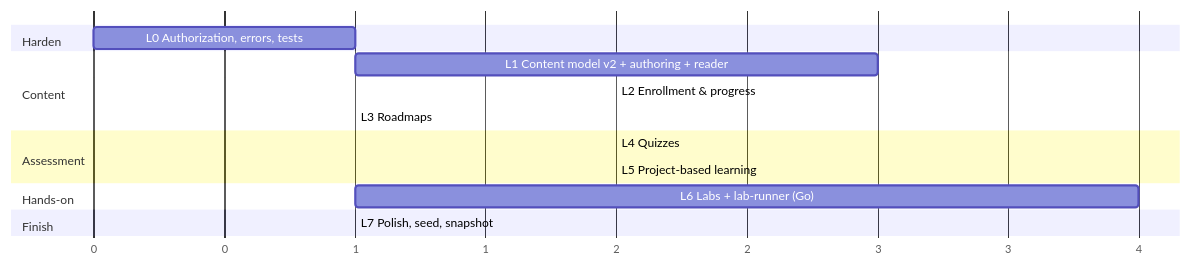
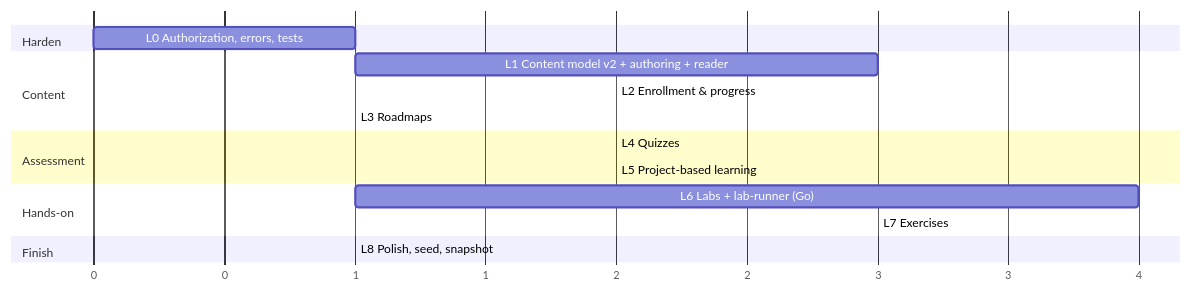
Before and after one commit to acegobugs-cpu/cyberCommunity: the diagram in docs/plan 01/06-roadmap.md, drawn with Mermaid. The commit also changed other lines of this file and 24 other files, not shown here.

````diff
--- a/docs/plan 01/06-roadmap.md
+++ b/docs/plan 01/06-roadmap.md
@@ -5,18 +5,19 @@
 ```mermaid
 gantt
     dateFormat  X
     axisFormat  %s
     section Harden
     L0 Authorization, errors, tests          :l0, 0, 1
     section Content
     L1 Content model v2 + authoring + reader :l1, after l0, 3
     L2 Enrollment & progress                 :l2, after l1, 2
     L3 Roadmaps                              :l3, after l2, 1
     section Assessment
     L4 Quizzes                               :l4, after l2, 2
     L5 Project-based learning                :l5, after l4, 2
     section Hands-on
     L6 Labs + lab-runner (Go)                :l6, after l3, 4
+    L7 Exercises: code workspace + judge     :l7, after l6, 3
     section Finish
-    L7 Polish, seed, snapshot                :l7, after l6, 1
+    L8 Polish, seed, snapshot                :l8, after l7, 1
 ```
````
